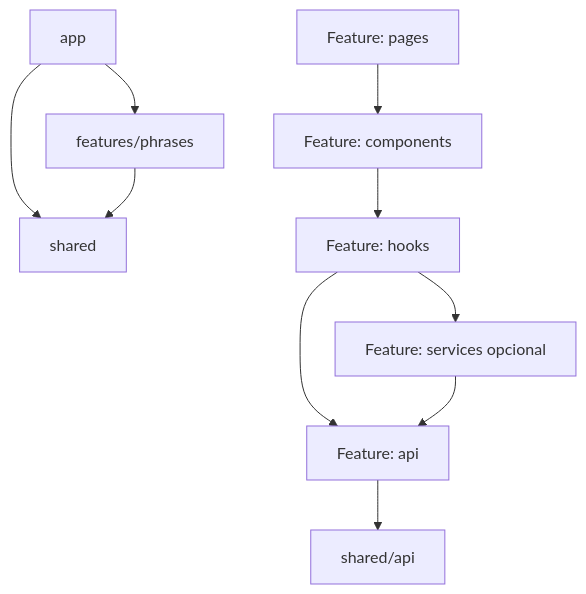
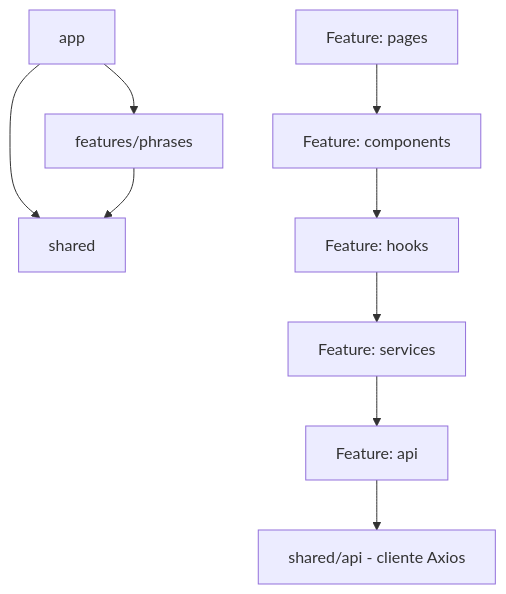
The second of 2 diagrams in docs/03-architecture/03-frontend-architecture.md (eduardoquispe/semantic-phrase-app), drawn with Mermaid before and after one commit. The commit also changed other lines of this file and 7 other files, not shown here.

````diff
--- a/docs/03-architecture/03-frontend-architecture.md
+++ b/docs/03-architecture/03-frontend-architecture.md
@@ -264,12 +228,11 @@
 ```mermaid
 flowchart TD
     APP[app] --> FEATURE[features/phrases]
     APP --> SHARED[shared]
     FEATURE --> SHARED
     PAGE[Feature: pages] --> COMPONENT[Feature: components]
     COMPONENT --> HOOK[Feature: hooks]
-    HOOK --> API[Feature: api]
-    HOOK --> SERVICE[Feature: services opcional]
-    SERVICE --> API
-    API --> SHAREDHTTP[shared/api]
+    HOOK --> SERVICE[Feature: services]
+    SERVICE --> API[Feature: api]
+    API --> SHAREDHTTP[shared/api - cliente Axios]
 ```
````
